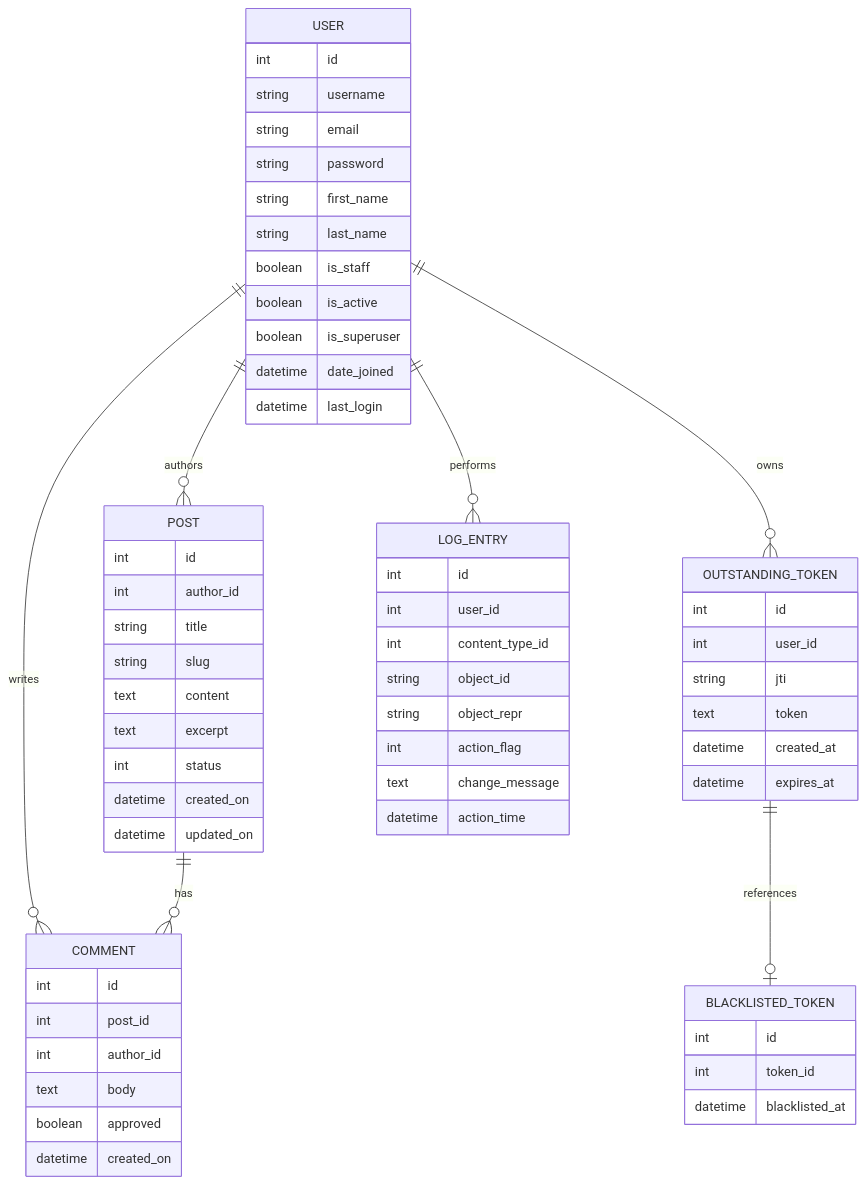
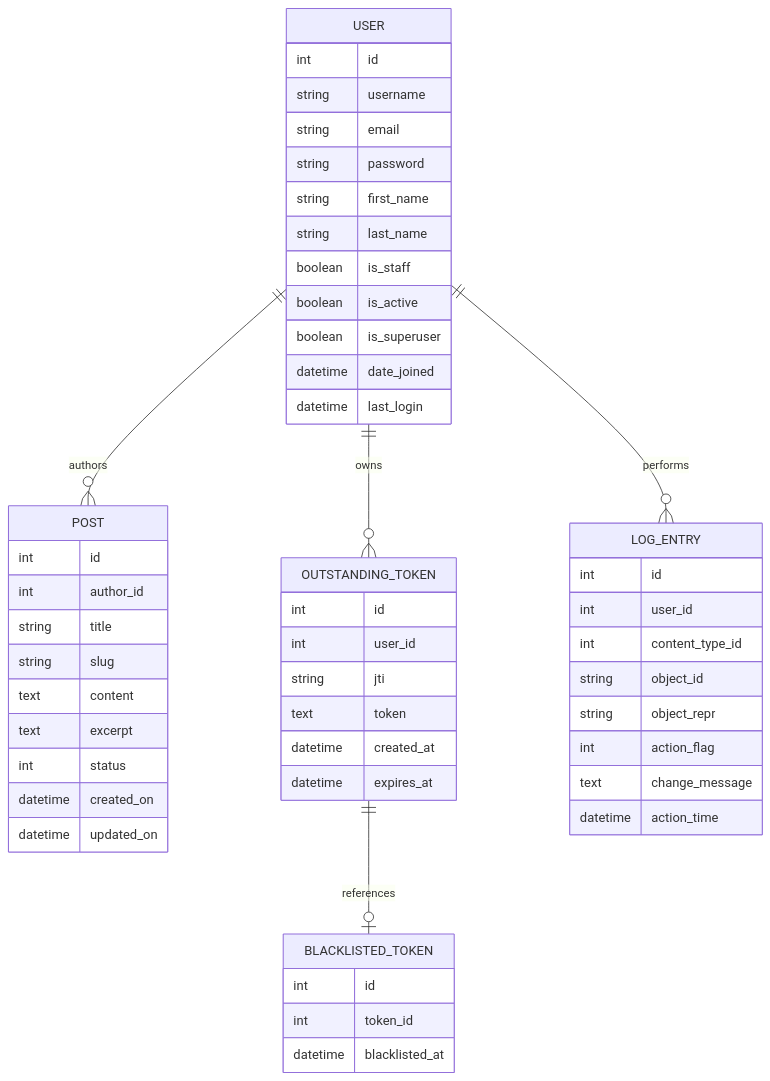
One commit to tendayiht-png/password_space_blog changed the diagram in ERDiagram.md. Above: the diagram before and after it, drawn with Mermaid. The commit also changed other lines of this file and 7 other files, not shown here.

````diff
--- a/ERDiagram.md
+++ b/ERDiagram.md
@@ -5,70 +5,59 @@
 ```mermaid
 erDiagram
     USER ||--o{ POST : "authors"
-    USER ||--o{ COMMENT : "writes"
-    POST ||--o{ COMMENT : "has"
     USER ||--o{ OUTSTANDING_TOKEN : "owns"
     OUTSTANDING_TOKEN ||--o| BLACKLISTED_TOKEN : "references"
     USER ||--o{ LOG_ENTRY : "performs"
 
     USER {
         int id
         string username
         string email
         string password
         string first_name
         string last_name
         boolean is_staff
         boolean is_active
         boolean is_superuser
         datetime date_joined
         datetime last_login
     }
 
     POST {
         int id
         int author_id
         string title
         string slug
         text content
         text excerpt
         int status
         datetime created_on
         datetime updated_on
     }
 
-    COMMENT {
-        int id
-        int post_id
-        int author_id
-        text body
-        boolean approved
-        datetime created_on
-    }
-
     OUTSTANDING_TOKEN {
         int id
         int user_id
         string jti
         text token
         datetime created_at
         datetime expires_at
     }
 
     BLACKLISTED_TOKEN {
         int id
         int token_id
         datetime blacklisted_at
     }
 
     LOG_ENTRY {
         int id
         int user_id
         int content_type_id
         string object_id
         string object_repr
         int action_flag
         text change_message
         datetime action_time
     }
 ```
````
